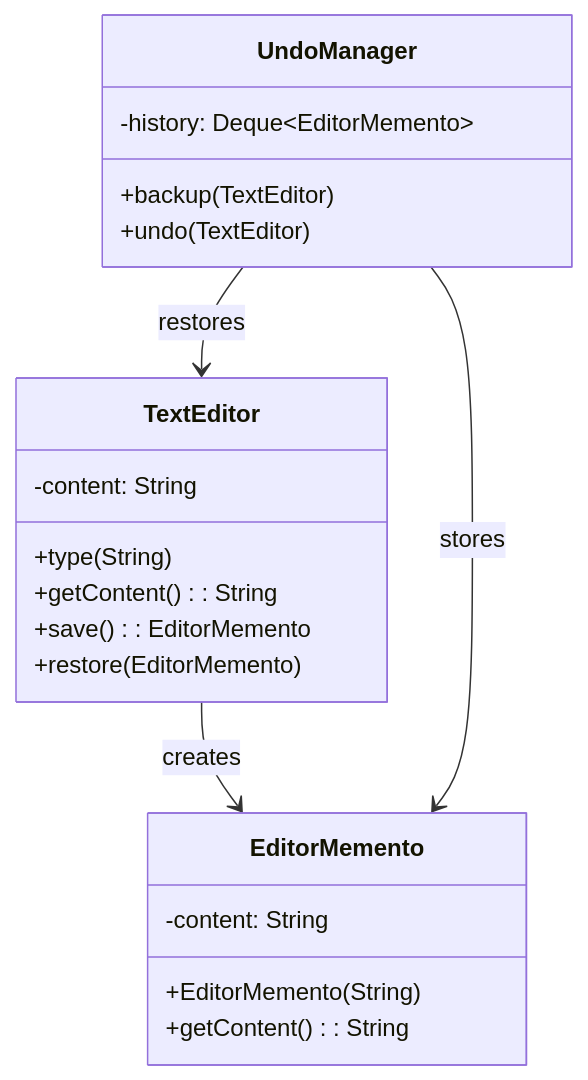
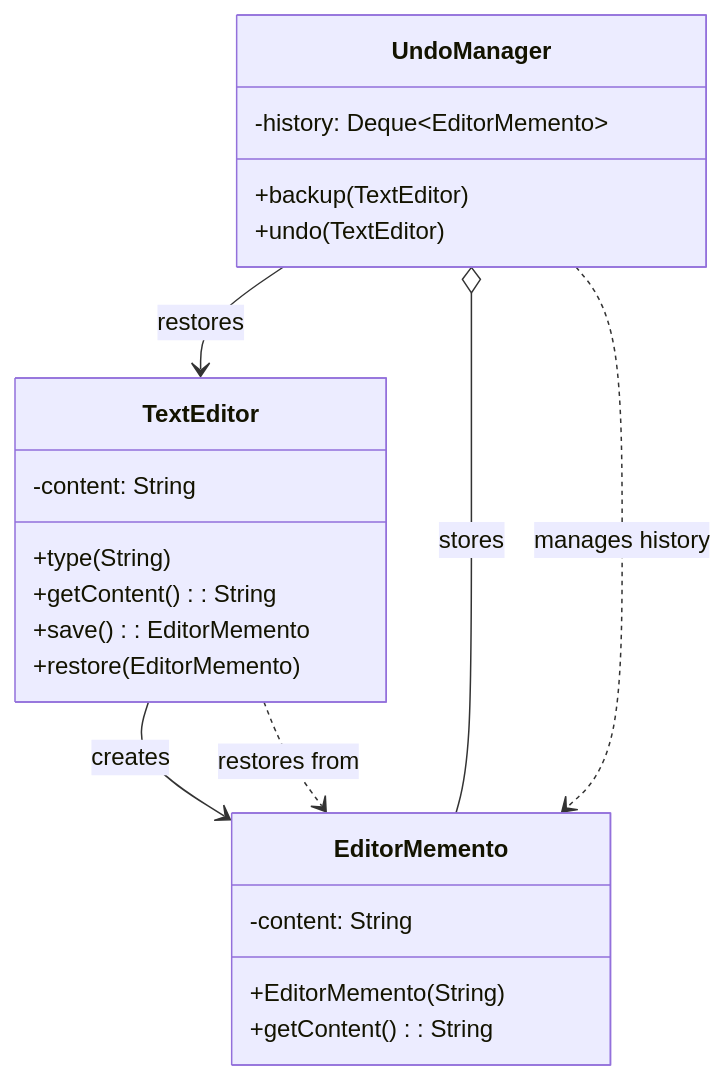
Before and after one commit to welldesignedsystem/welldesignedsystem.github.io: diagram 18 of 23 in content/english/blog/system_design/core_design_patterns.md, drawn with Mermaid. The commit also changed other lines of this file and 1 other file, not shown here.

````diff
--- a/content/english/blog/system_design/core_design_patterns.md
+++ b/content/english/blog/system_design/core_design_patterns.md
@@ -1428,23 +1458,25 @@
 ```mermaid
 classDiagram
     class EditorMemento {
         -content: String
         +EditorMemento(String)
         +getContent(): String
     }
     class TextEditor {
         -content: String
         +type(String)
         +getContent(): String
         +save(): EditorMemento
         +restore(EditorMemento)
     }
     class UndoManager {
         -history: Deque~EditorMemento~
         +backup(TextEditor)
         +undo(TextEditor)
     }
     TextEditor --> EditorMemento : creates
-    UndoManager --> EditorMemento : stores
+    TextEditor ..> EditorMemento : restores from
+    UndoManager o-- EditorMemento : stores
     UndoManager --> TextEditor : restores
+    UndoManager ..> EditorMemento : manages history
 ```
````
